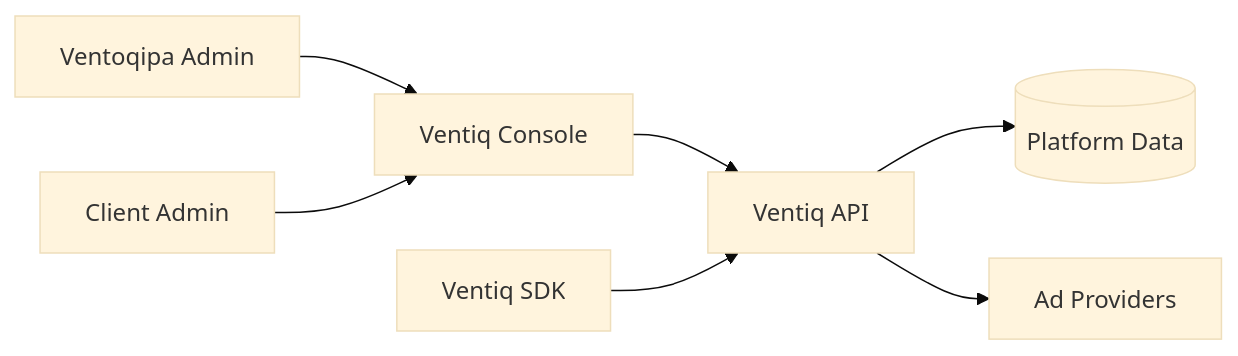
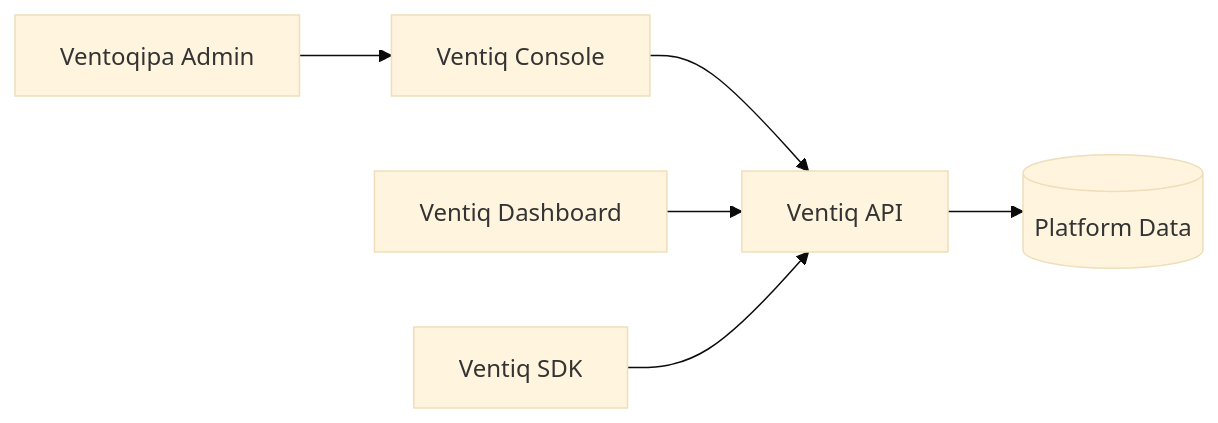
Before and after one commit to Ventoqipa/ventiq_console: the first of 3 diagrams in docs/architecture/ARCHITECTURE.md, drawn with Mermaid (base theme). The commit also changed other lines of this file, not shown here.

Commit message:
refactor: scope console to internal administration

````diff
--- a/docs/architecture/ARCHITECTURE.md
+++ b/docs/architecture/ARCHITECTURE.md
@@ -12,9 +7,8 @@
 ```mermaid
 flowchart LR
-  Internal[Ventoqipa Admin] --> Console[Ventiq Console]
-  Client[Client Admin] --> Console
+  Admin[Ventoqipa Admin] --> Console[Ventiq Console]
   Console --> API[Ventiq API]
+  API --> Data[(Platform Data)]
+  Dashboard[Ventiq Dashboard] --> API
   SDK[Ventiq SDK] --> API
-  API --> Data[(Platform Data)]
-  API --> Providers[Ad Providers]
 ```
````
